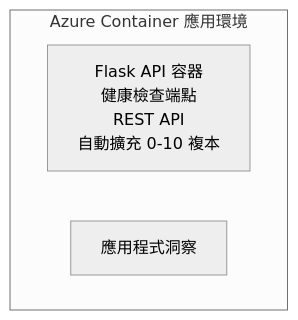
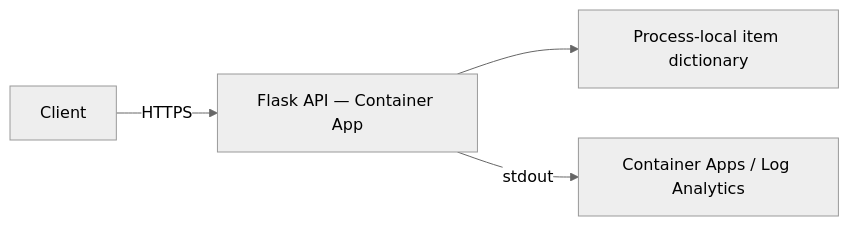
The diagram in translations/zh-HK/examples/container-app/simple-flask-api/README.md (microsoft/AZD-for-beginners), drawn with Mermaid (neutral theme) before and after one commit. The commit also changed other lines of this file and 71 other files, not shown here.

````diff
--- a/translations/zh-HK/examples/container-app/simple-flask-api/README.md
+++ b/translations/zh-HK/examples/container-app/simple-flask-api/README.md
@@ -26,7 +16,6 @@
 ```mermaid
-graph TD
-    subgraph ACA[Azure Container 應用環境]
-        Flask[Flask API 容器<br/>健康檢查端點<br/>REST API<br/>自動擴充 0-10 複本]
-        AppInsights[應用程式洞察]
-    end
+flowchart LR
+    Client -->|HTTPS| API[Flask API — Container App]
+    API --> Memory[Process-local item dictionary]
+    API -->|stdout| Logs[Container Apps / Log Analytics]
 ```
````
